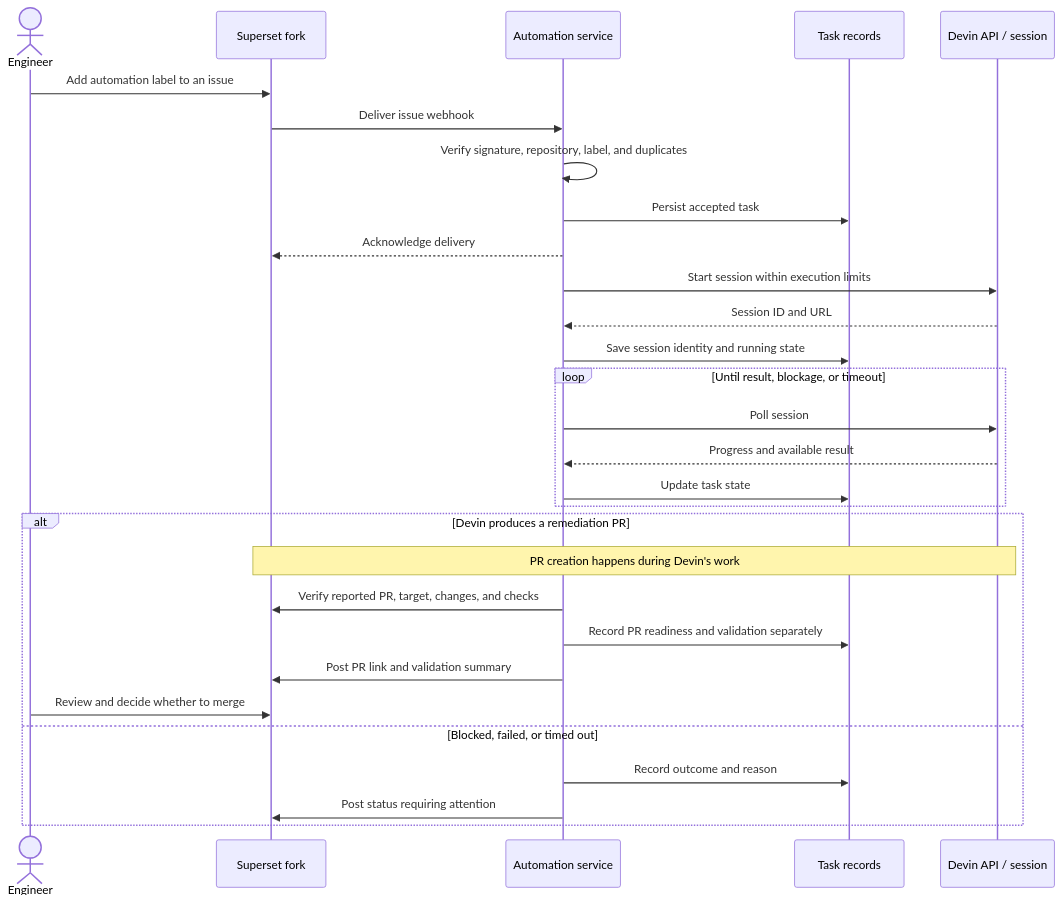
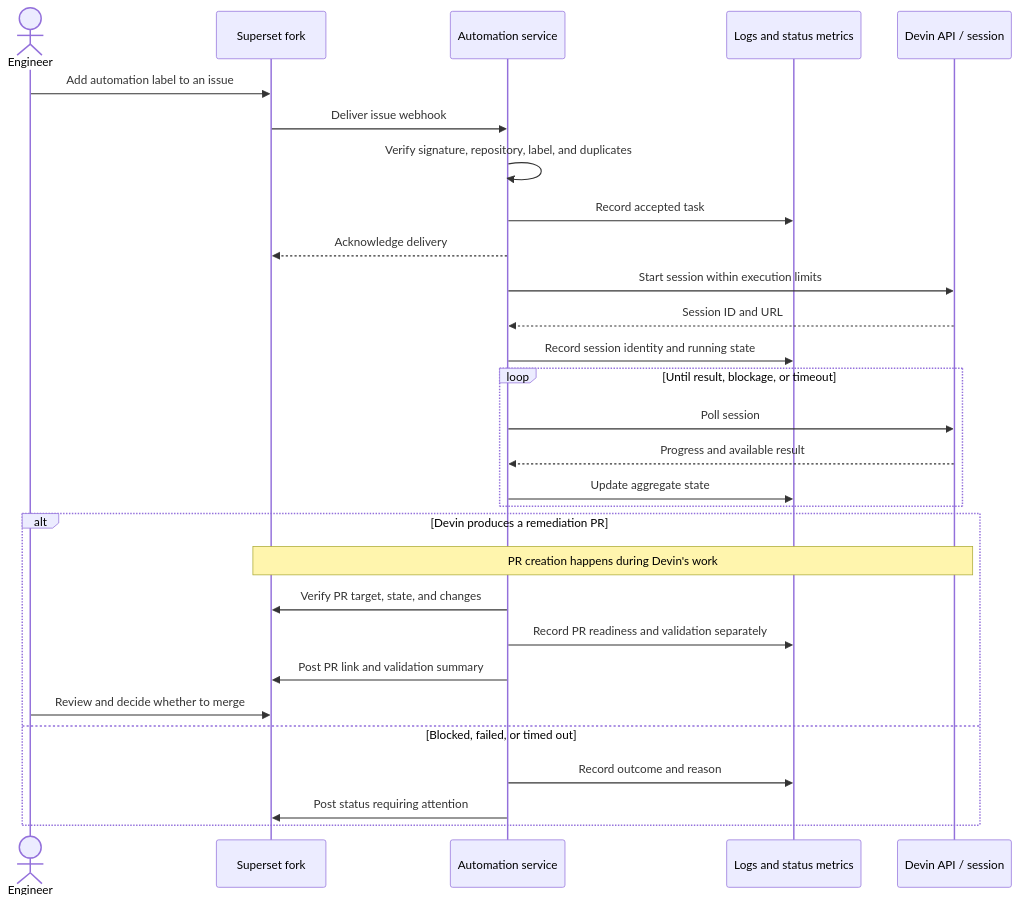
The second of 2 diagrams in README.md (chengify/devin-demo), drawn with Mermaid before and after one commit. The commit also changed other lines of this file and 12 other files, not shown here.

````diff
--- a/README.md
+++ b/README.md
@@ -102,32 +102,32 @@
 ```mermaid
 sequenceDiagram
     actor Engineer
     participant GitHub as Superset fork
     participant Service as Automation service
-    participant Store as Task records
+    participant Metrics as Logs and status metrics
     participant Devin as Devin API / session
 
     Engineer->>GitHub: Add automation label to an issue
     GitHub->>Service: Deliver issue webhook
     Service->>Service: Verify signature, repository, label, and duplicates
-    Service->>Store: Persist accepted task
+    Service->>Metrics: Record accepted task
     Service-->>GitHub: Acknowledge delivery
     Service->>Devin: Start session within execution limits
     Devin-->>Service: Session ID and URL
-    Service->>Store: Save session identity and running state
+    Service->>Metrics: Record session identity and running state
     loop Until result, blockage, or timeout
         Service->>Devin: Poll session
         Devin-->>Service: Progress and available result
-        Service->>Store: Update task state
+        Service->>Metrics: Update aggregate state
     end
     alt Devin produces a remediation PR
         Note over Devin,GitHub: PR creation happens during Devin's work
-        Service->>GitHub: Verify reported PR, target, changes, and checks
-        Service->>Store: Record PR readiness and validation separately
+        Service->>GitHub: Verify PR target, state, and changes
+        Service->>Metrics: Record PR readiness and validation separately
         Service->>GitHub: Post PR link and validation summary
         Engineer->>GitHub: Review and decide whether to merge
     else Blocked, failed, or timed out
-        Service->>Store: Record outcome and reason
+        Service->>Metrics: Record outcome and reason
         Service->>GitHub: Post status requiring attention
     end
 ```
````
